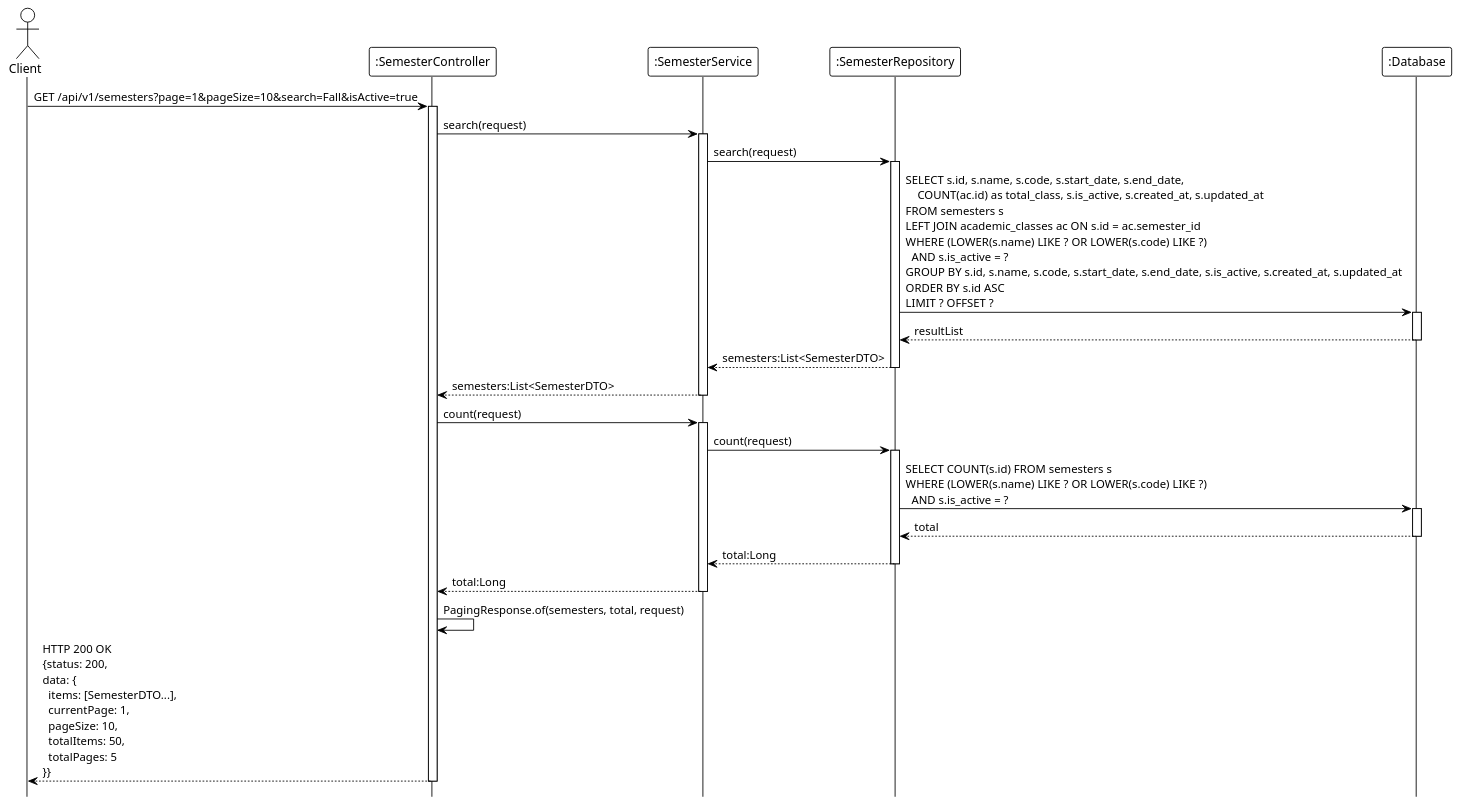
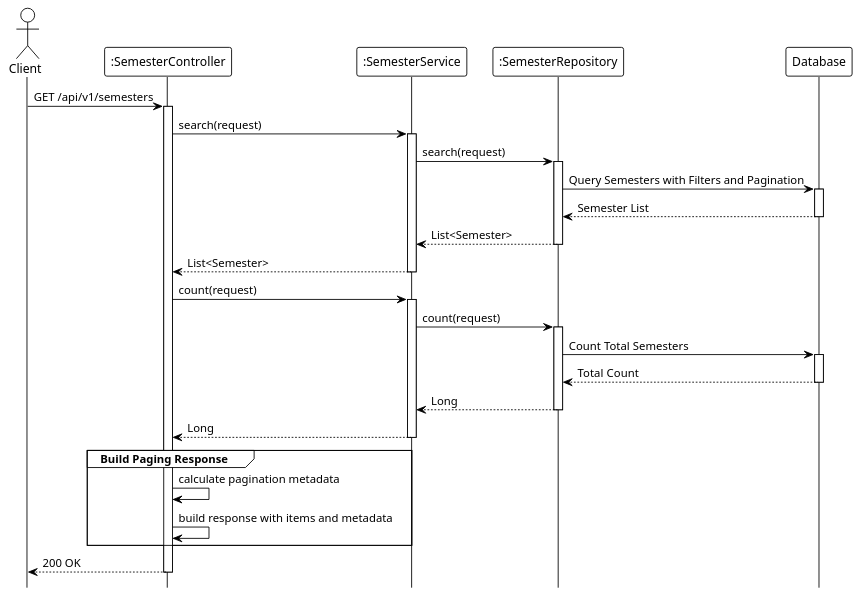
One commit to Ndh474/context changed the diagram in system_detailed_design/05_view_list_semester/sequence_diagram_view_list_semester.puml. Above: the diagram before and after it, drawn with PlantUML. The commit also changed 3 other files, not shown here.

Commit message:
refactor(diagrams): simplify repository representation in class and sequence diagrams for clarity

```diff
--- a/system_detailed_design/05_view_list_semester/sequence_diagram_view_list_semester.puml
+++ b/system_detailed_design/05_view_list_semester/sequence_diagram_view_list_semester.puml
@@ -1,53 +1,60 @@
-@startuml View List Semester
+@startuml view_list_semester
 !theme plain
 hide footbox
 
 actor Client
 participant ":SemesterController" as Controller
 participant ":SemesterService" as Service
 participant ":SemesterRepository" as Repository
-participant ":Database" as DB
+participant "Database" as DB
 
-Client -> Controller: GET /api/v1/semesters?page=1&pageSize=10&search=Fall&isActive=true
+' --- MAIN FLOW ---
+Client -> Controller: GET /api/v1/semesters
 activate Controller
 
 Controller -> Service: search(request)
 activate Service
 
+' --- SEARCH QUERY ---
 Service -> Repository: search(request)
 activate Repository
 
-Repository -> DB: SELECT s.id, s.name, s.code, s.start_date, s.end_date,\n    COUNT(ac.id) as total_class, s.is_active, s.created_at, s.updated_at\nFROM semesters s\nLEFT JOIN academic_classes ac ON s.id = ac.semester_id\nWHERE (LOWER(s.name) LIKE ? OR LOWER(s.code) LIKE ?)\n  AND s.is_active = ?\nGROUP BY s.id, s.name, s.code, s.start_date, s.end_date, s.is_active, s.created_at, s.updated_at\nORDER BY s.id ASC\nLIMIT ? OFFSET ?
+Repository -> DB: Query Semesters with Filters and Pagination
 activate DB
-DB --> Repository: resultList
+DB --> Repository: Semester List
 deactivate DB
 
-Repository --> Service: semesters:List<SemesterDTO>
+Repository --> Service: List<Semester>
 deactivate Repository
 
-Service --> Controller: semesters:List<SemesterDTO>
+Service --> Controller: List<Semester>
 deactivate Service
 
+' --- COUNT QUERY ---
 Controller -> Service: count(request)
 activate Service
 
 Service -> Repository: count(request)
 activate Repository
 
-Repository -> DB: SELECT COUNT(s.id) FROM semesters s\nWHERE (LOWER(s.name) LIKE ? OR LOWER(s.code) LIKE ?)\n  AND s.is_active = ?
+Repository -> DB: Count Total Semesters
 activate DB
-DB --> Repository: total
+DB --> Repository: Total Count
 deactivate DB
 
-Repository --> Service: total:Long
+Repository --> Service: Long
 deactivate Repository
 
-Service --> Controller: total:Long
+Service --> Controller: Long
 deactivate Service
 
-Controller -> Controller: PagingResponse.of(semesters, total, request)
+' --- BUILD RESPONSE ---
+group Build Paging Response
+    Controller -> Controller: calculate pagination metadata
+    Controller -> Controller: build response with items and metadata
+end
 
-Controller --> Client: HTTP 200 OK\n{status: 200,\ndata: {\n  items: [SemesterDTO...],\n  currentPage: 1,\n  pageSize: 10,\n  totalItems: 50,\n  totalPages: 5\n}}
+Controller --> Client: 200 OK
 deactivate Controller
 
 @enduml
```
